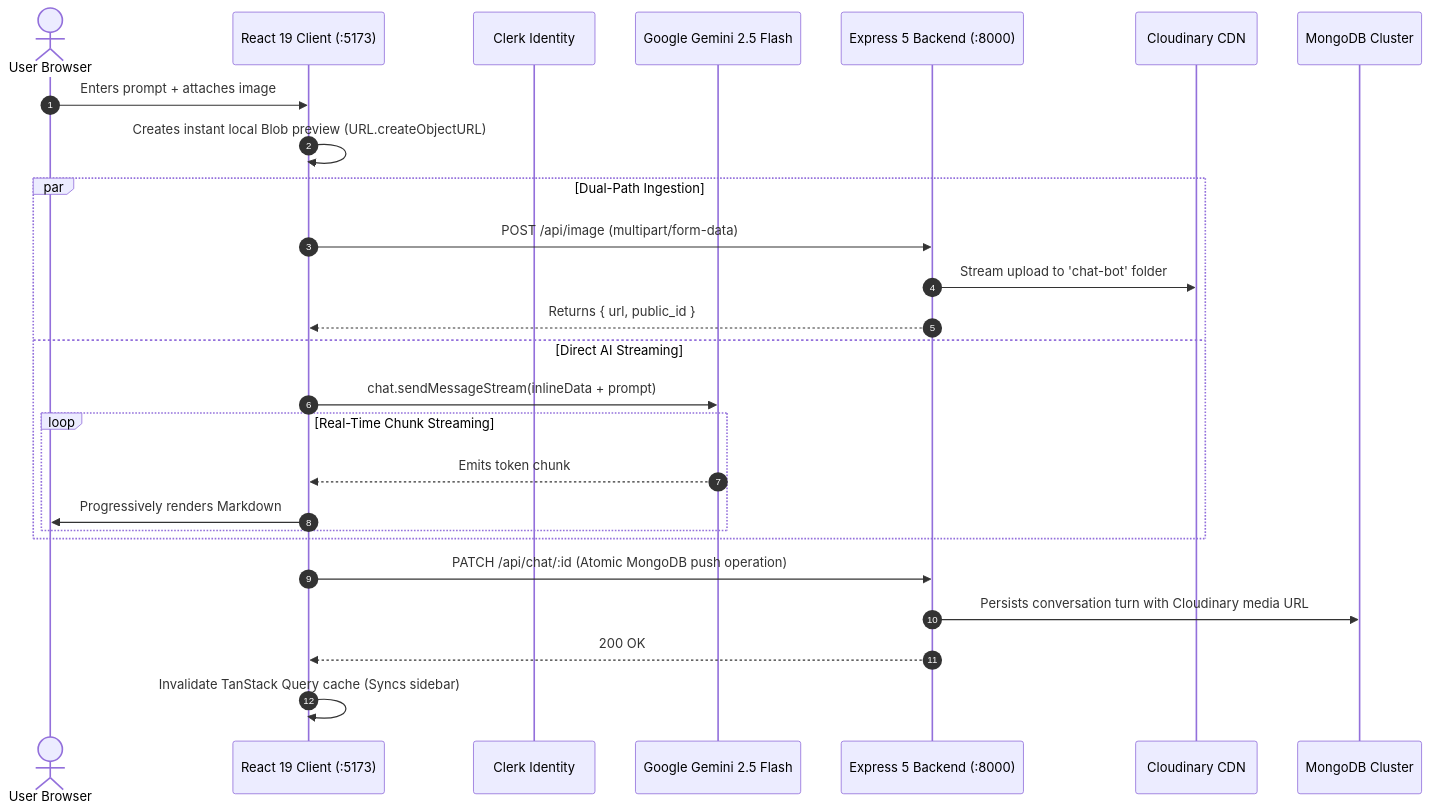
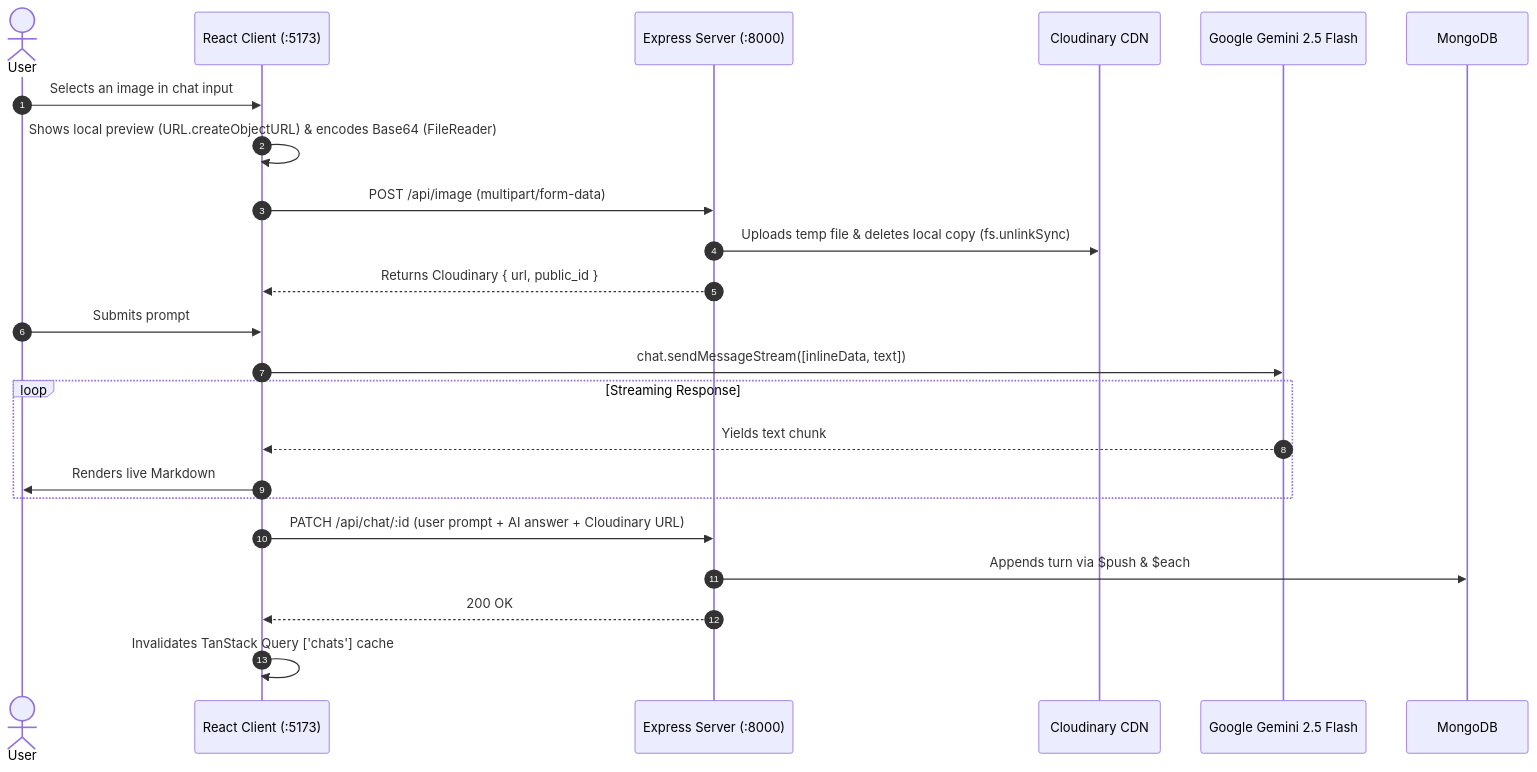
The diagram in README.md (Nasif284/Manga.ai_chat_bot), drawn with Mermaid before and after one commit. The commit also changed other lines of this file and 3 other files, not shown here.

````diff
--- a/README.md
+++ b/README.md
@@ -16,31 +16,28 @@
 ```mermaid
 sequenceDiagram
     autonumber
-    actor User as User Browser
-    participant Client as React 19 Client (:5173)
-    participant Clerk as Clerk Identity
+    actor User as User
+    participant Client as React Client (:5173)
+    participant API as Express Server (:8000)
+    participant Cloudinary as Cloudinary CDN
     participant Gemini as Google Gemini 2.5 Flash
-    participant API as Express 5 Backend (:8000)
-    participant Cloudinary as Cloudinary CDN
-    participant Mongo as MongoDB Cluster
+    participant Mongo as MongoDB
 
-    User->>Client: Enters prompt + attaches image
-    Client->>Client: Creates instant local Blob preview (URL.createObjectURL)
-    
-    par Dual-Path Ingestion
-        Client->>API: POST /api/image (multipart/form-data)
-        API->>Cloudinary: Stream upload to 'chat-bot' folder
-        API-->>Client: Returns { url, public_id }
-    and Direct AI Streaming
-        Client->>Gemini: chat.sendMessageStream(inlineData + prompt)
-        loop Real-Time Chunk Streaming
-            Gemini-->>Client: Emits token chunk
-            Client->>User: Progressively renders Markdown
-        end
+    User->>Client: Selects an image in chat input
+    Client->>Client: Shows local preview (URL.createObjectURL) & encodes Base64 (FileReader)
+    Client->>API: POST /api/image (multipart/form-data)
+    API->>Cloudinary: Uploads temp file & deletes local copy (fs.unlinkSync)
+    API-->>Client: Returns Cloudinary { url, public_id }
+
+    User->>Client: Submits prompt
+    Client->>Gemini: chat.sendMessageStream([inlineData, text])
+    loop Streaming Response
+        Gemini-->>Client: Yields text chunk
+        Client->>User: Renders live Markdown
     end
 
-    Client->>API: PATCH /api/chat/:id (Atomic MongoDB push operation)
-    API->>Mongo: Persists conversation turn with Cloudinary media URL
+    Client->>API: PATCH /api/chat/:id (user prompt + AI answer + Cloudinary URL)
+    API->>Mongo: Appends turn via $push & $each
     API-->>Client: 200 OK
-    Client->>Client: Invalidate TanStack Query cache (Syncs sidebar)
+    Client->>Client: Invalidates TanStack Query ['chats'] cache
 ```
````
